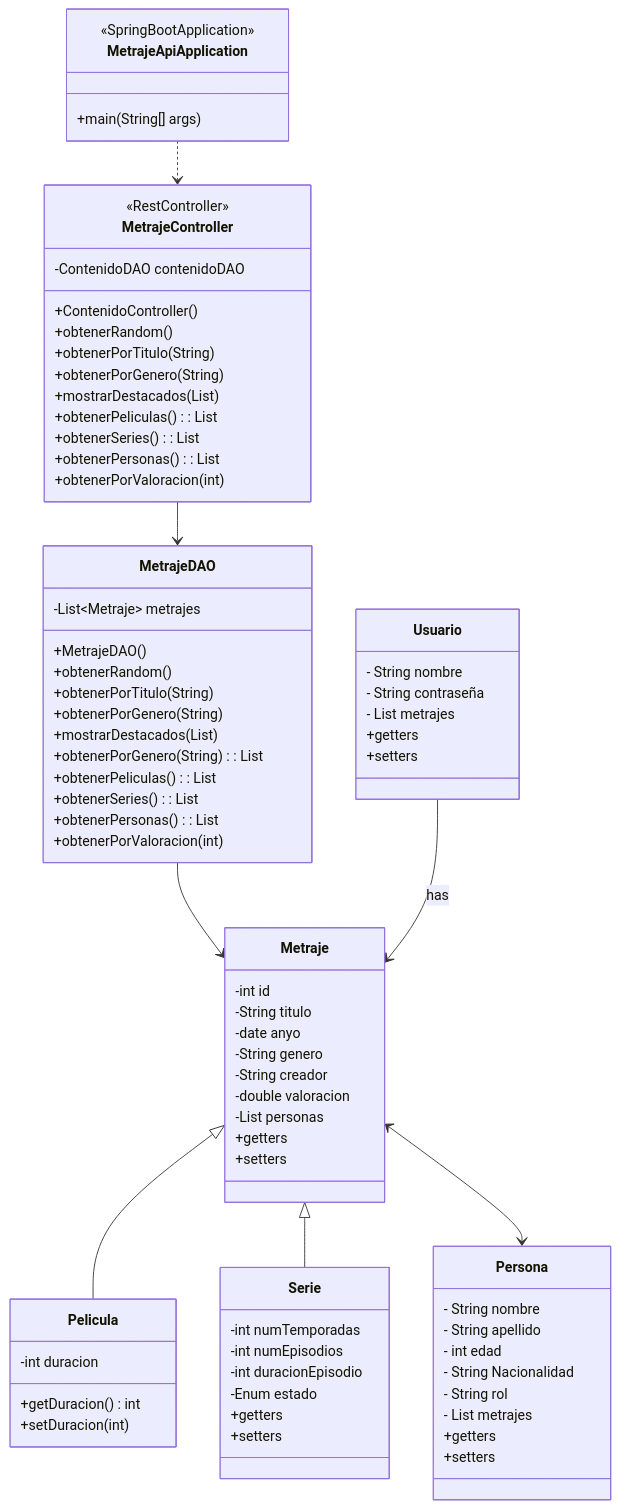
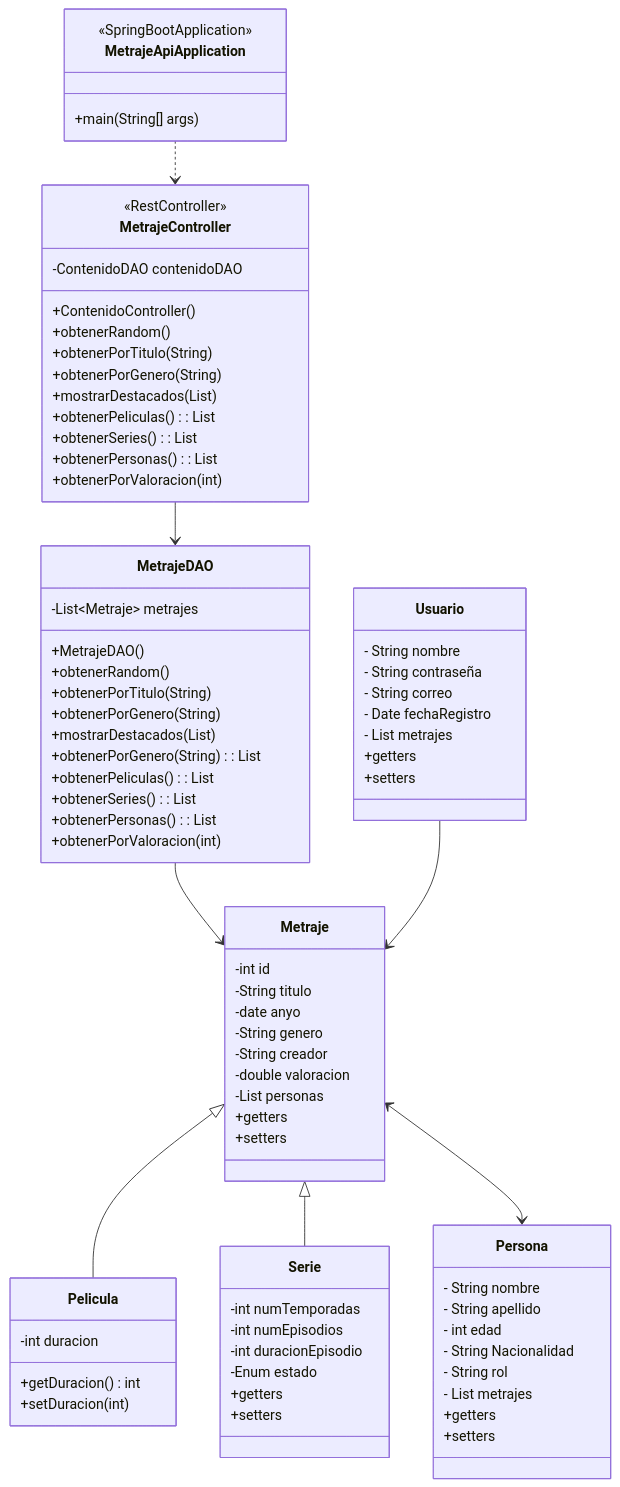
The diagram in diseño/diagrama_clase.md (JesusCanas/PlotTwist), drawn with Mermaid before and after one commit.

Commit message:
añadido usuario al diagrama de clases

````diff
--- a/diseño/diagrama_clase.md
+++ b/diseño/diagrama_clase.md
@@ -74,6 +74,8 @@
     class Usuario {
         - String nombre
         - String contraseña
+        - String correo
+        - Date fechaRegistro 
         - List<Metraje> metrajes
         +getters
         +setters
@@ -85,7 +87,7 @@
     MetrajeDAO --> Metraje 
     MetrajeController --> MetrajeDAO 
     MetrajeApiApplication ..> MetrajeController 
-    Usuario --> Metraje : has
+    Usuario --> Metraje
 
     
 ```
````
